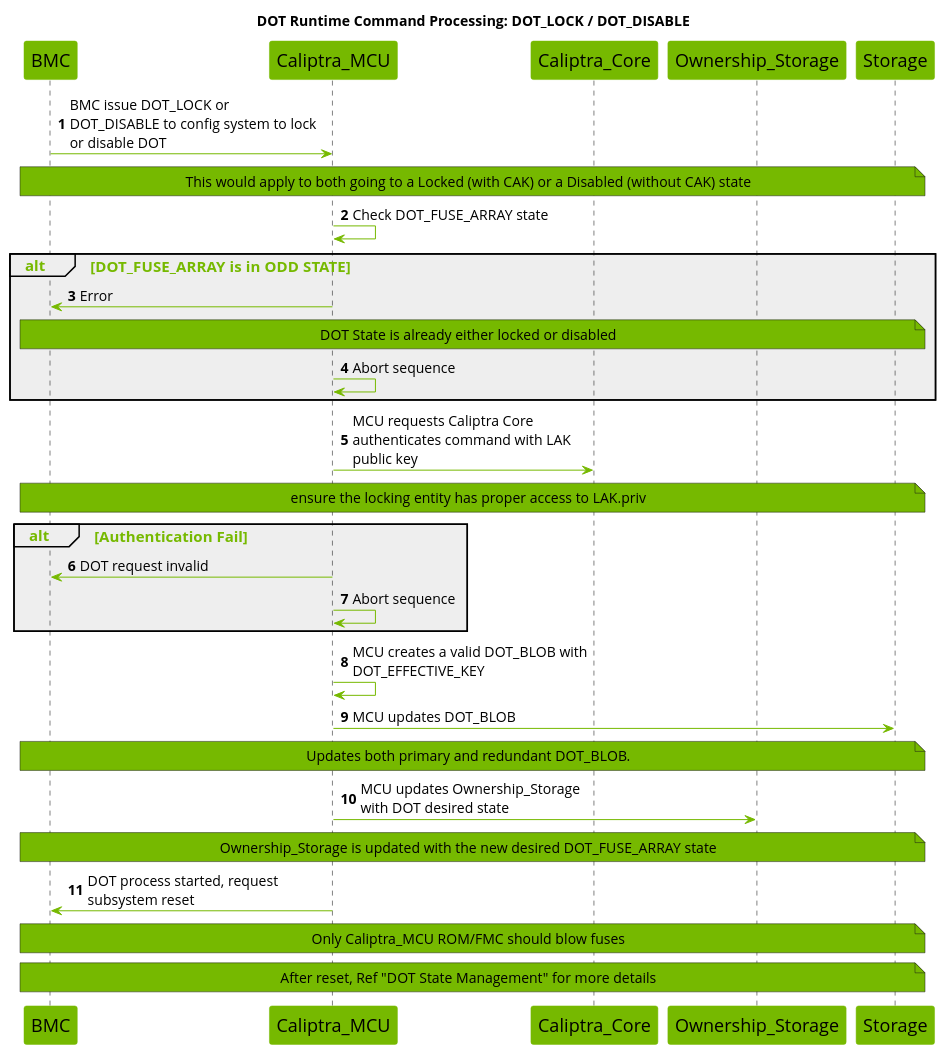
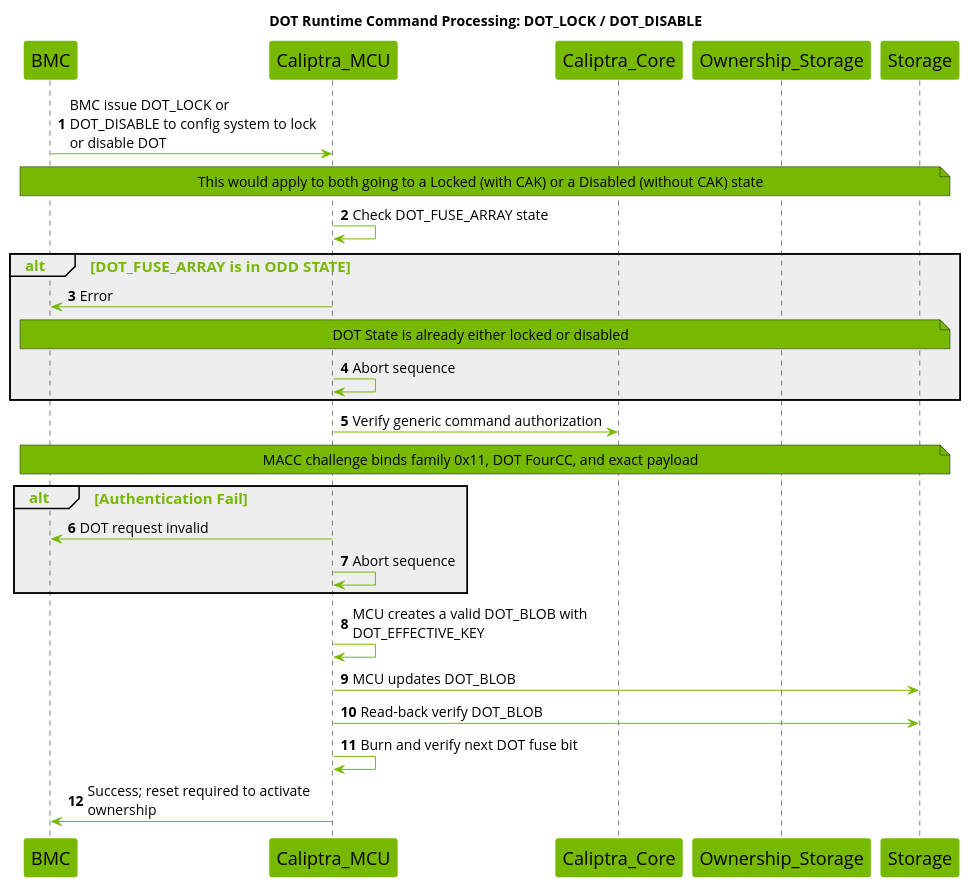
One commit to chipsalliance/caliptra-mcu-sw changed the second of 8 diagrams in docs/src/dot.md. Above: the diagram before and after it, drawn with PlantUML. The commit also changed other lines of this file and 59 other files, not shown here.

First line of the commit message:
[feat] DOT: implement ownership transfer commands over MCI and SPDM VDM (#1930)

````diff
--- a/docs/src/dot.md
+++ b/docs/src/dot.md
@@ -500,63 +503,60 @@
 ```plantuml
 @startuml
 title DOT Runtime Command Processing: DOT_LOCK / DOT_DISABLE
 
 skinparam maxMessageSize 250
 skinparam wrapWidth 700
 skinparam backgroundColor white
 skinparam NoteBackgroundColor #76b900
 skinparam NoteFontSize 14
 skinparam SequenceGroupBodyBackgroundColor #EEEEEE
 skinparam defaultFontName Open Sans
 
 skinparam sequence {
     ArrowColor #76b900
     ActorBorderColor #76b900
     LifeLineBorderColor #000000
     LifeLineBackgroundColor #76b900
     GroupHeaderFontsize 15
     GroupHeaderFontColor #76b900
     GroupFontSize 15
     GroupFontColor #76b900
     ArrowFontSize 15
     ParticipantBorderColor #76b900
     ParticipantBackgroundColor #76b900
     ParticipantFontSize 18
     ParticipantFontColor black
     ArrowFontSize 14
 }
 
 participant BMC
 participant Caliptra_MCU
 participant Caliptra_Core
 participant Ownership_Storage
 participant Storage
 
 autonumber
 
 
 BMC -> Caliptra_MCU : BMC issue DOT_LOCK or DOT_DISABLE to config system to lock or disable DOT
 note across : This would apply to both going to a Locked (with CAK) or a Disabled (without CAK) state
 Caliptra_MCU -> Caliptra_MCU : Check DOT_FUSE_ARRAY state
 alt DOT_FUSE_ARRAY is in ODD STATE
     Caliptra_MCU -> BMC : Error
     note across : DOT State is already either locked or disabled
     Caliptra_MCU -> Caliptra_MCU : Abort sequence
 end
-Caliptra_MCU -> Caliptra_Core : MCU requests Caliptra Core authenticates command with LAK public key
-note across : ensure the locking entity has proper access to LAK.priv
+Caliptra_MCU -> Caliptra_Core : Verify generic command authorization
+note across : MACC challenge binds family 0x11, DOT FourCC, and exact payload
 alt Authentication Fail
     Caliptra_MCU -> BMC : DOT request invalid
     Caliptra_MCU -> Caliptra_MCU : Abort sequence
 end
 Caliptra_MCU -> Caliptra_MCU : MCU creates a valid DOT_BLOB with DOT_EFFECTIVE_KEY
 Caliptra_MCU -> Storage : MCU updates DOT_BLOB
-note across : Updates both primary and redundant DOT_BLOB.
-Caliptra_MCU -> Ownership_Storage : MCU updates Ownership_Storage with DOT desired state
-note across : Ownership_Storage is updated with the new desired DOT_FUSE_ARRAY state
-Caliptra_MCU -> BMC : DOT process started, request subsystem reset
-note across : Only Caliptra_MCU ROM/FMC should blow fuses
-note across : After reset, Ref "DOT State Management" for more details
+Caliptra_MCU -> Storage : Read-back verify DOT_BLOB
+Caliptra_MCU -> Caliptra_MCU : Burn and verify next DOT fuse bit
+Caliptra_MCU -> BMC : Success; reset required to activate ownership
 
 @enduml
 ```
````
